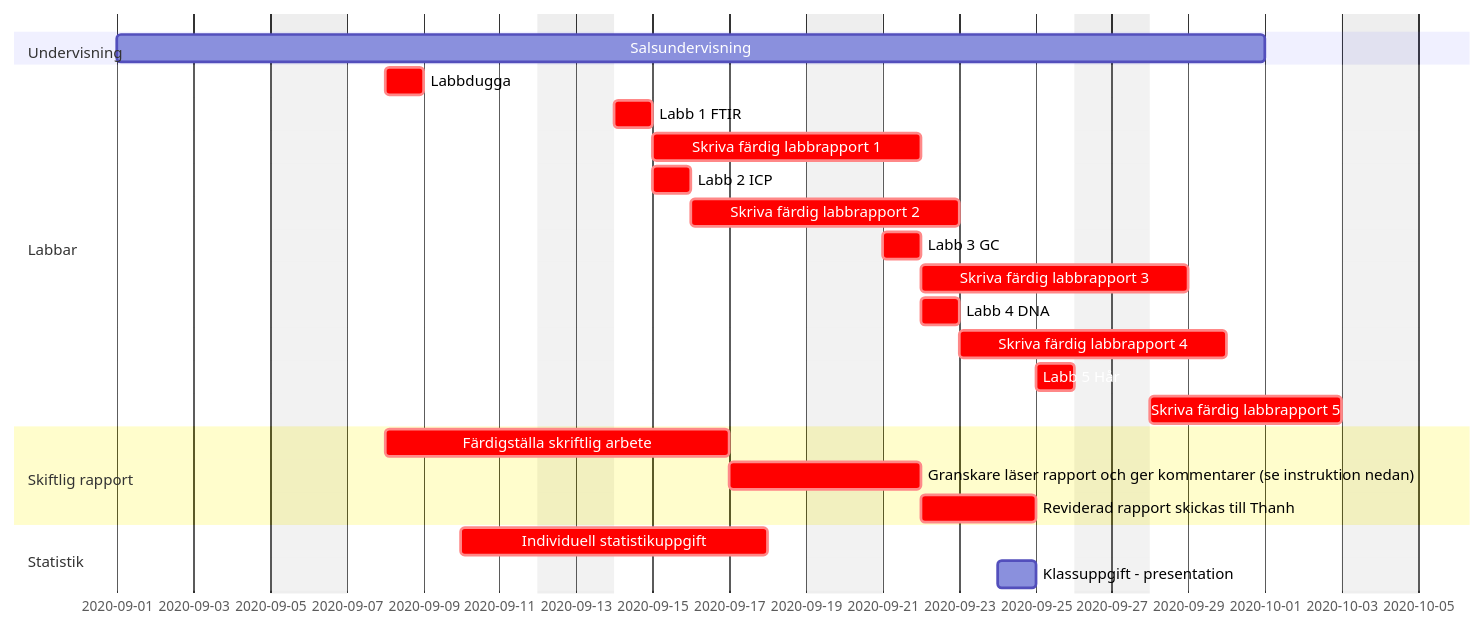
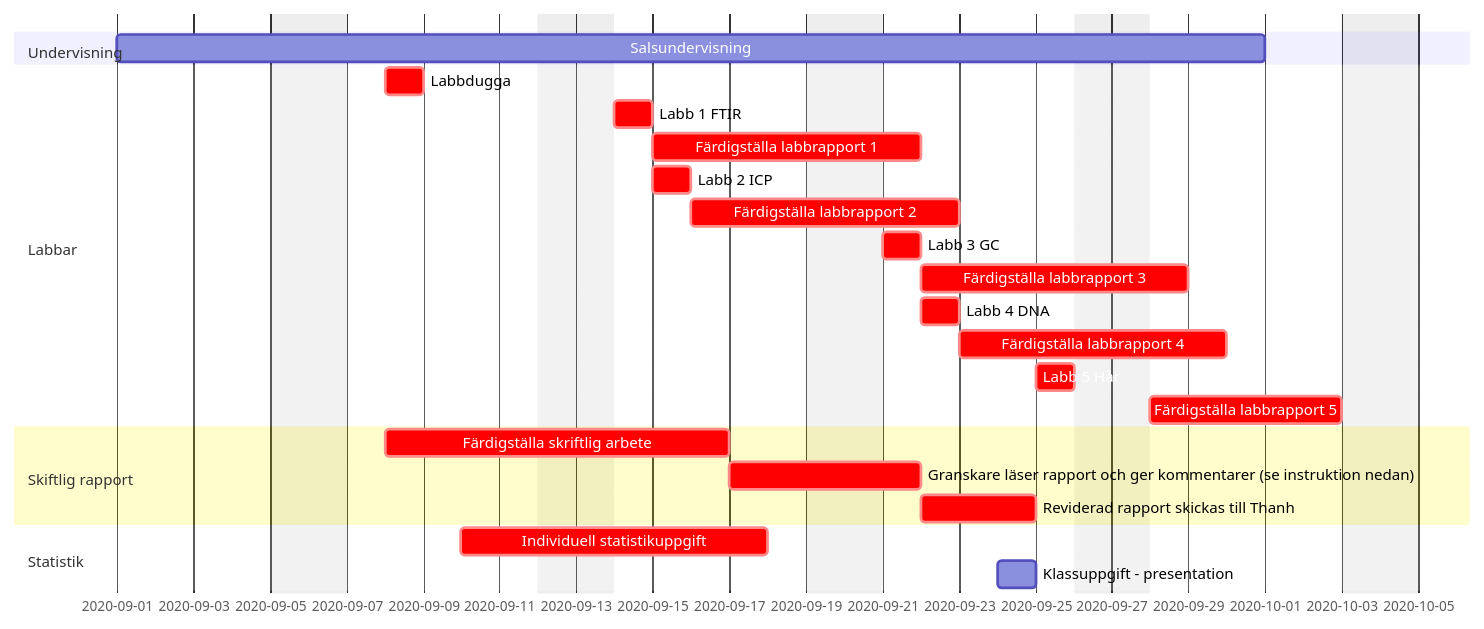
Before and after one commit to WBS-TW/KE201G: the diagram in content/kursupplagg/gantt/gantt.md, drawn with Mermaid. The commit also changed other lines of this file and 11 other files, not shown here.

````diff
--- a/content/kursupplagg/gantt/gantt.md
+++ b/content/kursupplagg/gantt/gantt.md
@@ -37,30 +43,30 @@
 ```mermaid
 gantt
   dateFormat  YYYY-MM-DD
   excludes weekdays saturday,sunday
   
   section Undervisning
   Salsundervisning: 2020-09-01, 2020-10-01
   
   section Labbar
   Labbdugga: crit, LD, 2020-09-08, 1d
   Labb 1 FTIR: crit, L1, 2020-09-14, 1d
-  Skriva färdig labbrapport 1: crit, after L1, 5d
+  Färdigställa labbrapport 1: crit, after L1, 5d
   Labb 2 ICP: crit, L2, 2020-09-15, 1d
-  Skriva färdig labbrapport 2: crit, after L2, 5d
+  Färdigställa labbrapport 2: crit, after L2, 5d
   Labb 3 GC: crit, L3, 2020-09-21, 1d
-  Skriva färdig labbrapport 3: crit, after L3, 5d
+  Färdigställa labbrapport 3: crit, after L3, 5d
   Labb 4 DNA: crit, L4, 2020-09-22, 1d
-  Skriva färdig labbrapport 4: crit, after L4, 5d
+  Färdigställa labbrapport 4: crit, after L4, 5d
   Labb 5 Hår: crit, L5, 2020-09-25, 1d 
-  Skriva färdig labbrapport 5: crit, after L5, 5d
+  Färdigställa labbrapport 5: crit, after L5, 5d
   
   section Skiftlig rapport
   Färdigställa skriftlig arbete: crit, 2020-09-08, 2020-09-17
   Granskare läser rapport och ger kommentarer (se instruktion nedan): crit, 2020-09-17, 2020-09-22
   Reviderad rapport skickas till Thanh: crit, 2020-09-22, 2020-09-25  
   
   section Statistik
   Individuell statistikuppgift: crit, 2020-09-10, 2020-09-18
   Klassuppgift - presentation: 2020-09-24, 1d
 ```
````
